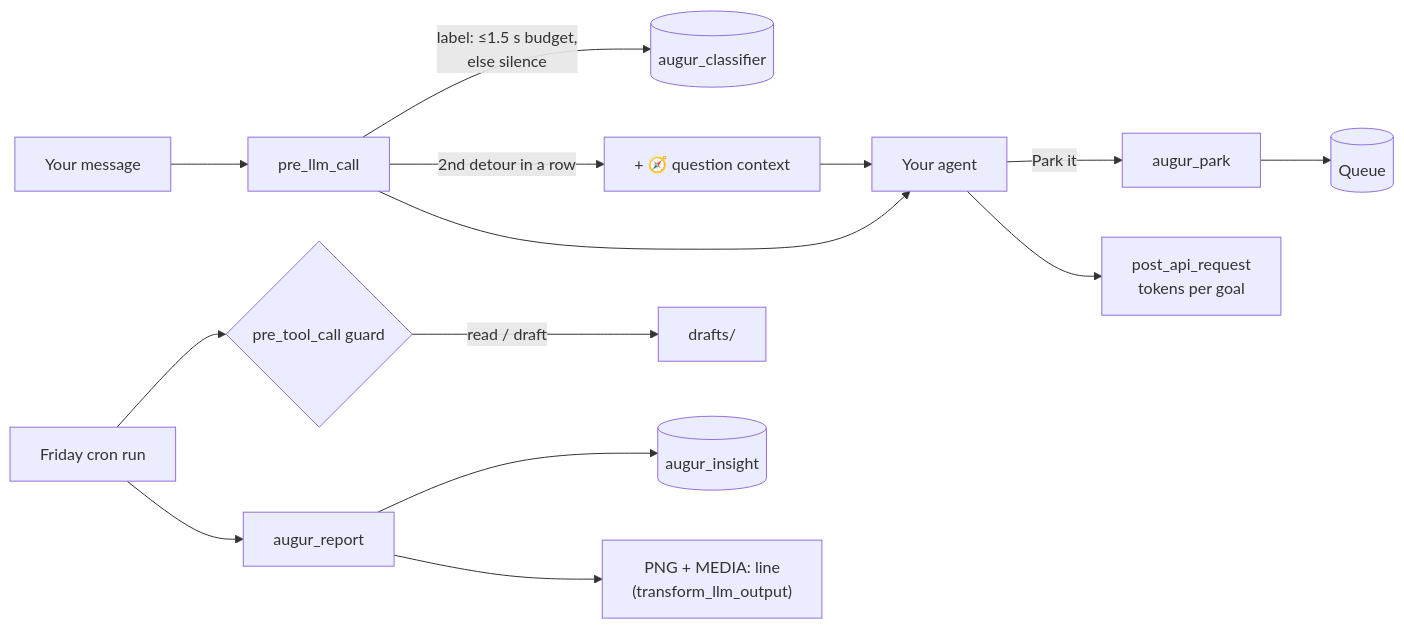
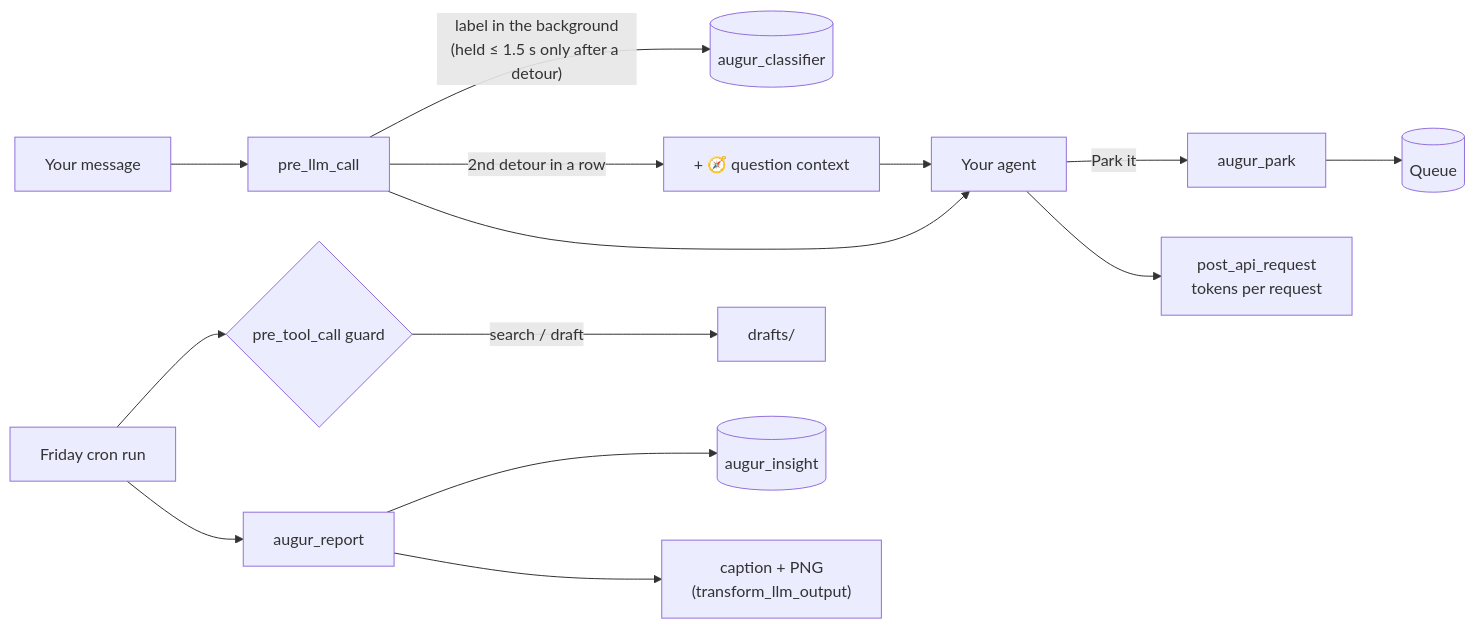
Before and after one commit to Bruno-coder21/augur: the diagram in README.md, drawn with Mermaid. The commit also changed other lines of this file and 29 other files, not shown here.

````diff
--- a/README.md
+++ b/README.md
@@ -85,14 +106,14 @@
 ```mermaid
 flowchart LR
   U[Your message] --> P[pre_llm_call]
-  P -->|"label: ≤1.5 s budget,<br/>else silence"| C[(augur_classifier)]
+  P -->|"label in the background<br/>(held ≤ 1.5 s only after a detour)"| C[(augur_classifier)]
   P -->|"2nd detour in a row"| N["+ 🧭 question context"]
   N --> A[Your agent]
   P --> A
   A -->|"Park it"| T[augur_park] --> Q[(Queue)]
-  A --> R[post_api_request<br/>tokens per goal]
+  A --> R[post_api_request<br/>tokens per request]
   F[Friday cron run] --> G{pre_tool_call guard}
-  G -->|read / draft| D[drafts/]
+  G -->|search / draft| D[drafts/]
   F --> B[augur_report] --> I[(augur_insight)]
-  B --> M["PNG + MEDIA: line<br/>(transform_llm_output)"]
+  B --> M["caption + PNG<br/>(transform_llm_output)"]
 ```
````
